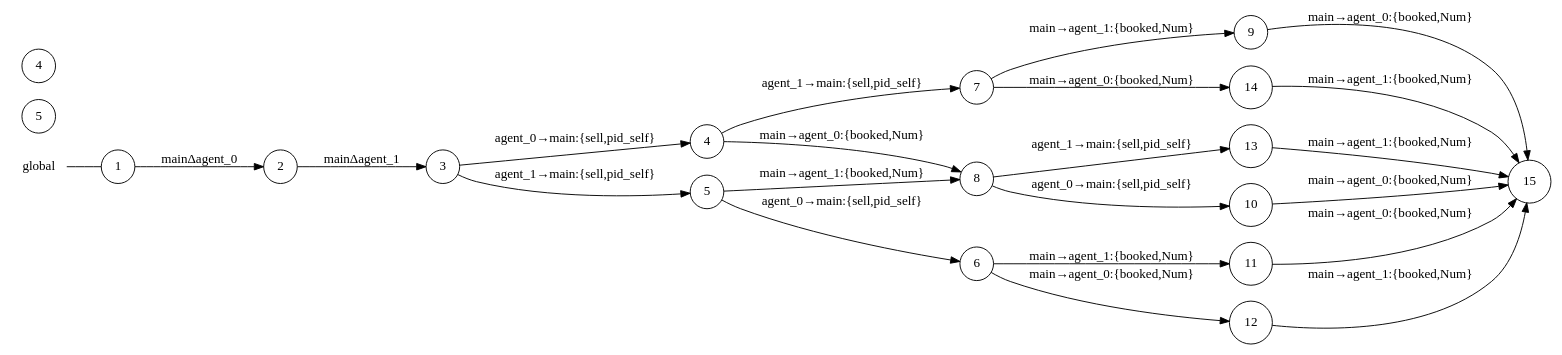
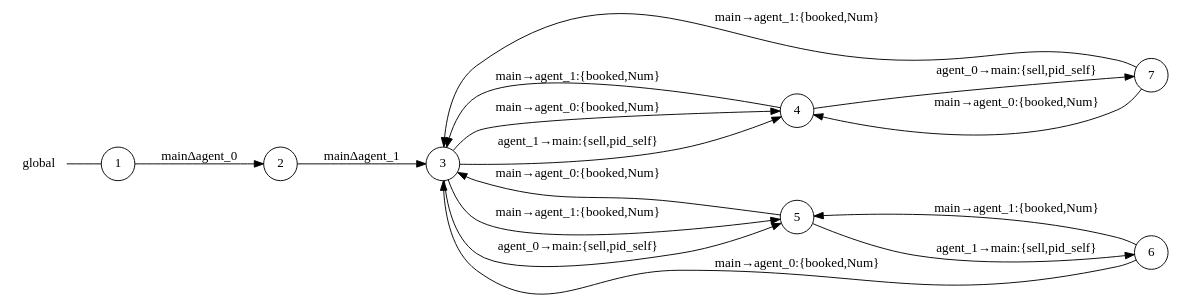
One commit to gabrielegenovese/chorer changed the diagram in examples/airline/main_global_view.dot. Above: the diagram before and after it, drawn with Graphviz. The commit also changed 33 other files, not shown here.

```diff
--- a/examples/airline/main_global_view.dot
+++ b/examples/airline/main_global_view.dot
@@ -1,43 +1,27 @@
 digraph global {
 	rankdir="LR";
 	n_0 [label="global", shape="plaintext"];
-	n_1 [id="25", shape=circle, label="11"];
-	n_2 [id="5", shape=circle, label="5"];
-	n_3 [id="19", shape=circle, label="9"];
-	n_4 [id="11", shape=circle, label="13"];
-	n_5 [id="18", shape=circle, label="6"];
-	n_6 [id="14", shape=circle, label="14"];
-	n_7 [id="13", shape=circle, label="8"];
-	n_8 [id="24", shape=circle, label="4"];
-	n_9 [id="10", shape=circle, label="5"];
-	n_10 [id="22", shape=circle, label="10"];
-	n_11 [id="1", shape=circle, label="1"];
-	n_0 -> n_11 [arrowhead=none];
-	n_12 [id="2", shape=circle, label="15"];
-	n_13 [id="21", shape=circle, label="7"];
-	n_14 [id="8", shape=circle, label="12"];
-	n_15 [id="4", shape=circle, label="4"];
-	n_16 [id="7", shape=circle, label="3"];
-	n_17 [id="3", shape=circle, label="2"];
+	n_1 [id="5", shape=circle, label="7"];
+	n_2 [id="6", shape=circle, label="6"];
+	n_3 [id="1", shape=circle, label="1"];
+	n_0 -> n_3 [arrowhead=none];
+	n_4 [id="2", shape=circle, label="2"];
+	n_5 [id="4", shape=circle, label="4"];
+	n_6 [id="7", shape=circle, label="5"];
+	n_7 [id="3", shape=circle, label="3"];
 
-	n_5 -> n_1 [id="[$e|6]", label="main→agent_1:{booked,Num}"];
-	n_16 -> n_8 [id="[$e|19]", label="agent_0→main:{sell,pid_self}"];
-	n_13 -> n_3 [id="[$e|9]", label="main→agent_1:{booked,Num}"];
-	n_6 -> n_12 [id="[$e|3]", label="main→agent_1:{booked,Num}"];
-	n_1 -> n_12 [id="[$e|28]", label="main→agent_0:{booked,Num}"];
-	n_8 -> n_7 [id="[$e|15]", label="main→agent_0:{booked,Num}"];
-	n_14 -> n_12 [id="[$e|29]", label="main→agent_1:{booked,Num}"];
-	n_9 -> n_5 [id="[$e|22]", label="agent_0→main:{sell,pid_self}"];
-	n_5 -> n_14 [id="[$e|18]", label="main→agent_0:{booked,Num}"];
-	n_16 -> n_9 [id="[$e|13]", label="agent_1→main:{sell,pid_self}"];
-	n_3 -> n_12 [id="[$e|31]", label="main→agent_0:{booked,Num}"];
-	n_7 -> n_4 [id="[$e|10]", label="agent_1→main:{sell,pid_self}"];
-	n_4 -> n_12 [id="[$e|32]", label="main→agent_1:{booked,Num}"];
-	n_13 -> n_6 [id="[$e|8]", label="main→agent_0:{booked,Num}"];
-	n_11 -> n_17 [id="[$e|21]", label="mainΔagent_0"];
-	n_10 -> n_12 [id="[$e|24]", label="main→agent_0:{booked,Num}"];
-	n_17 -> n_16 [id="[$e|0]", label="mainΔagent_1"];
-	n_8 -> n_13 [id="[$e|2]", label="agent_1→main:{sell,pid_self}"];
-	n_9 -> n_7 [id="[$e|33]", label="main→agent_1:{booked,Num}"];
-	n_7 -> n_10 [id="[$e|11]", label="agent_0→main:{sell,pid_self}"];
+	n_7 -> n_5 [id="[$e|3]", label="main→agent_0:{booked,Num}"];
+	n_6 -> n_7 [id="[$e|10]", label="main→agent_0:{booked,Num}"];
+	n_2 -> n_6 [id="[$e|6]", label="main→agent_1:{booked,Num}"];
+	n_6 -> n_2 [id="[$e|1]", label="agent_1→main:{sell,pid_self}"];
+	n_5 -> n_7 [id="[$e|11]", label="main→agent_1:{booked,Num}"];
+	n_2 -> n_7 [id="[$e|13]", label="main→agent_0:{booked,Num}"];
+	n_4 -> n_7 [id="[$e|0]", label="mainΔagent_1"];
+	n_7 -> n_6 [id="[$e|7]", label="main→agent_1:{booked,Num}"];
+	n_7 -> n_6 [id="[$e|9]", label="agent_0→main:{sell,pid_self}"];
+	n_1 -> n_5 [id="[$e|2]", label="main→agent_0:{booked,Num}"];
+	n_1 -> n_7 [id="[$e|8]", label="main→agent_1:{booked,Num}"];
+	n_3 -> n_4 [id="[$e|12]", label="mainΔagent_0"];
+	n_7 -> n_5 [id="[$e|5]", label="agent_1→main:{sell,pid_self}"];
+	n_5 -> n_1 [id="[$e|4]", label="agent_0→main:{sell,pid_self}"];
 }
```
